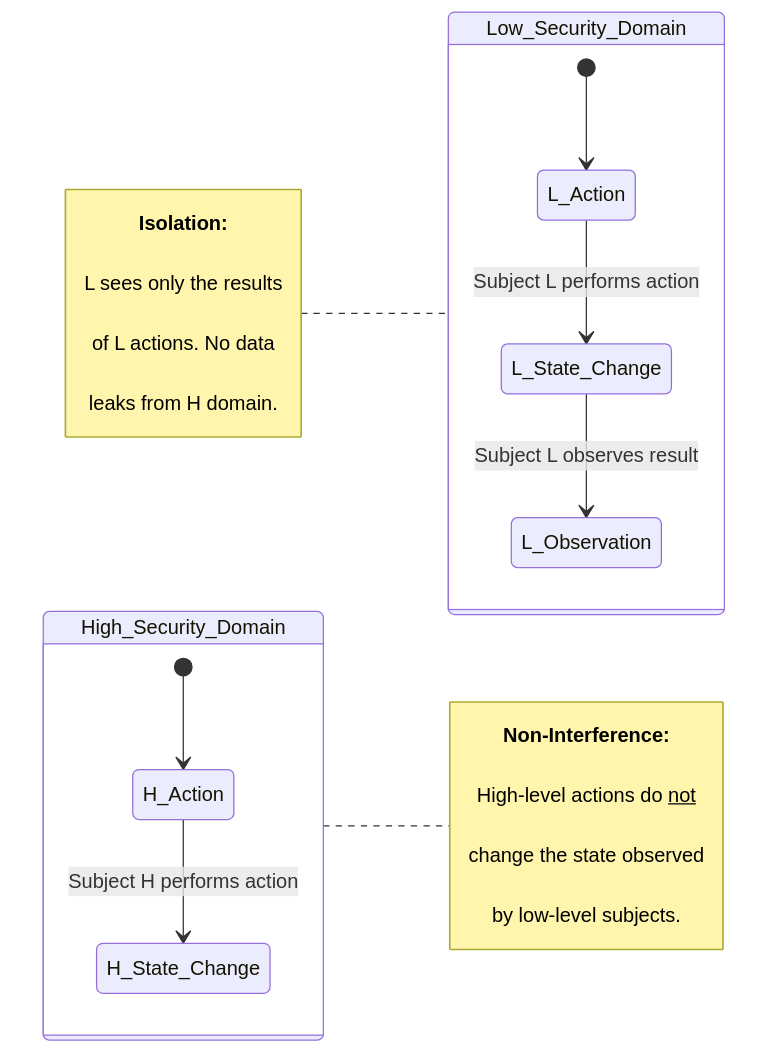
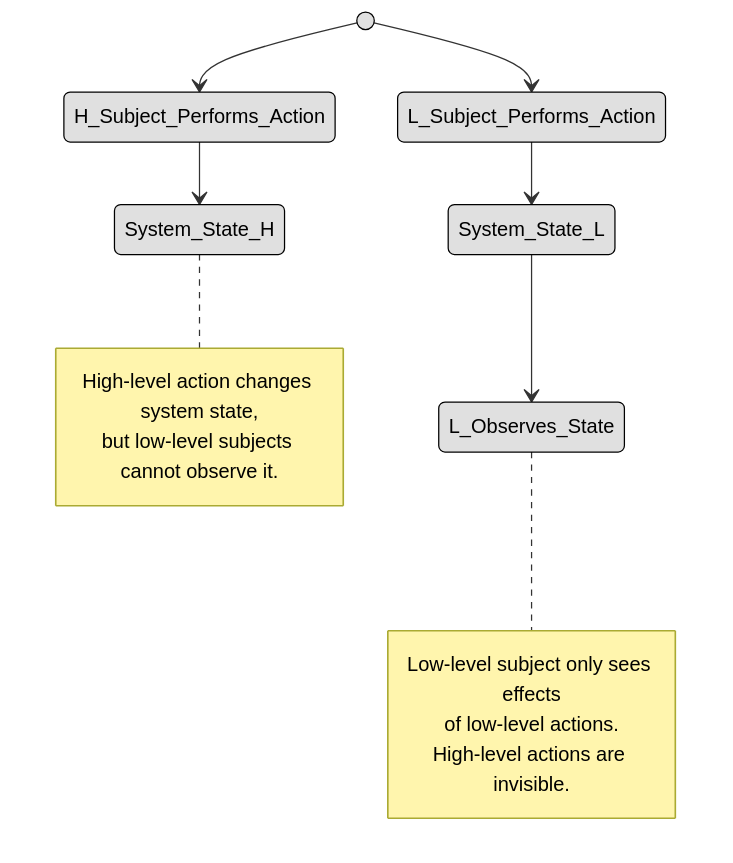
One commit to lorenzoleonelli/CISSP-Zero-to-Hero changed the eighth of 15 diagrams in DOMAIN3: Security Architecture and Engineering/3.02 Understand the fundamental concepts of security models (e.g. Biba, Star Model, Bell Lapadula).md. Above: the diagram before and after it, drawn with Mermaid. The commit also changed other lines of this file, not shown here.

Commit message:
Update 3.02 Understand the fundamental concepts of security models (e.g. Biba, Star Model, Bell Lapadula).md

````diff
--- a/DOMAIN3: Security Architecture and Engineering/3.02 Understand the fundamental concepts of security models (e.g. Biba, Star Model, Bell Lapadula).md
+++ b/DOMAIN3: Security Architecture and Engineering/3.02 Understand the fundamental concepts of security models (e.g. Biba, Star Model, Bell Lapadula).md
@@ -243,29 +196,24 @@
 ```mermaid
 stateDiagram-v2
-    direction LR
+    [*] --> L_Subject_Performs_Action
+    L_Subject_Performs_Action --> System_State_L
+    System_State_L --> L_Observes_State
 
-    state High_Security_Domain {
-        [*] --> H_Action
-        H_Action --> H_State_Change : Subject H performs action
-    }
+    [*] --> H_Subject_Performs_Action
+    H_Subject_Performs_Action --> System_State_H
 
-    state Low_Security_Domain {
-        [*] --> L_Action
-        L_Action --> L_State_Change : Subject L performs action
-        L_State_Change --> L_Observation : Subject L observes result
-    }
-
-    note right of High_Security_Domain
-        <b>Non-Interference:</b>
-        <br/>High-level actions do <u>not</u>
-        <br/>change the state observed
-        <br/>by low-level subjects.
+    note right of System_State_H
+      High-level action changes system state,
+      but low-level subjects cannot observe it.
     end note
 
-    note left of Low_Security_Domain
-        <b>Isolation:</b>
-        <br/>L sees only the results
-        <br/>of L actions. No data
-        <br/>leaks from H domain.
+    note right of L_Observes_State
+      Low-level subject only sees effects
+      of low-level actions.
+      High-level actions are invisible.
     end note
+
+
+    classDef center fill:#ffffff,color:#000000,stroke:#000000,stroke-width:1px,font-weight:bold
+    classDef node fill:#e0e0e0,color:#000000,stroke:#000000,stroke-width:1px
 ```
````
